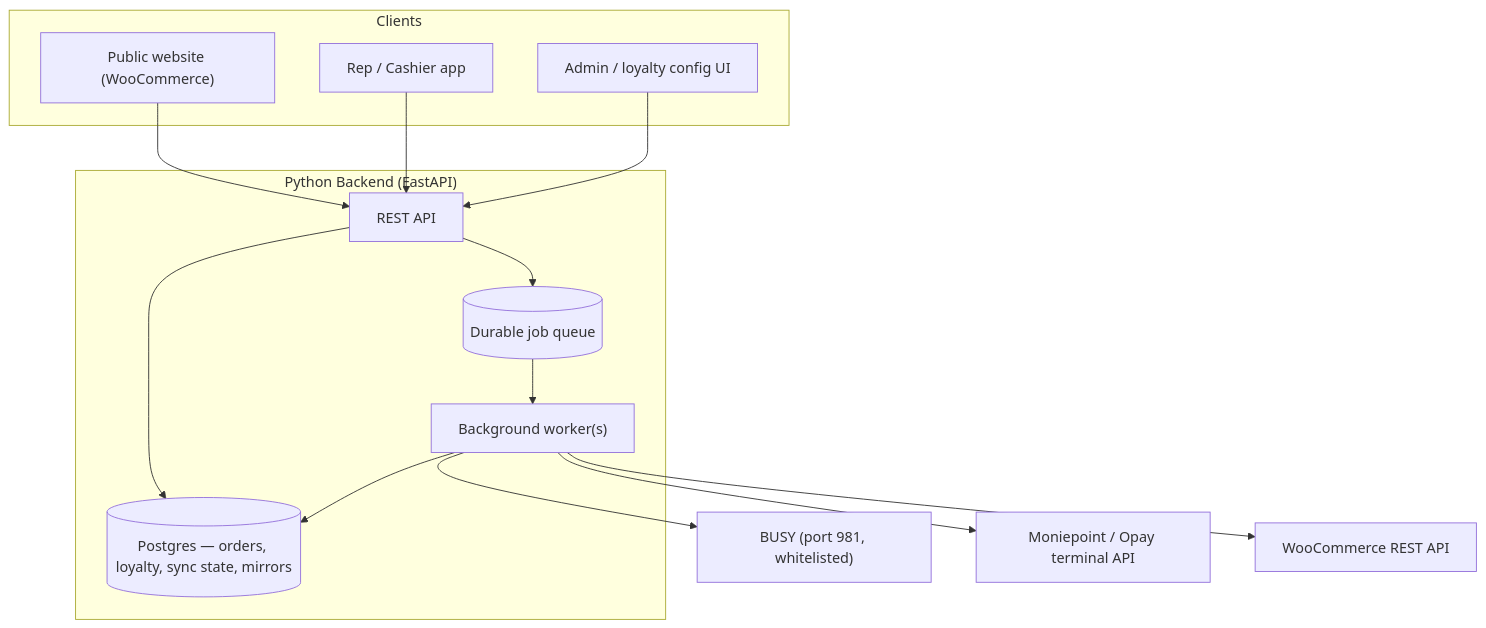
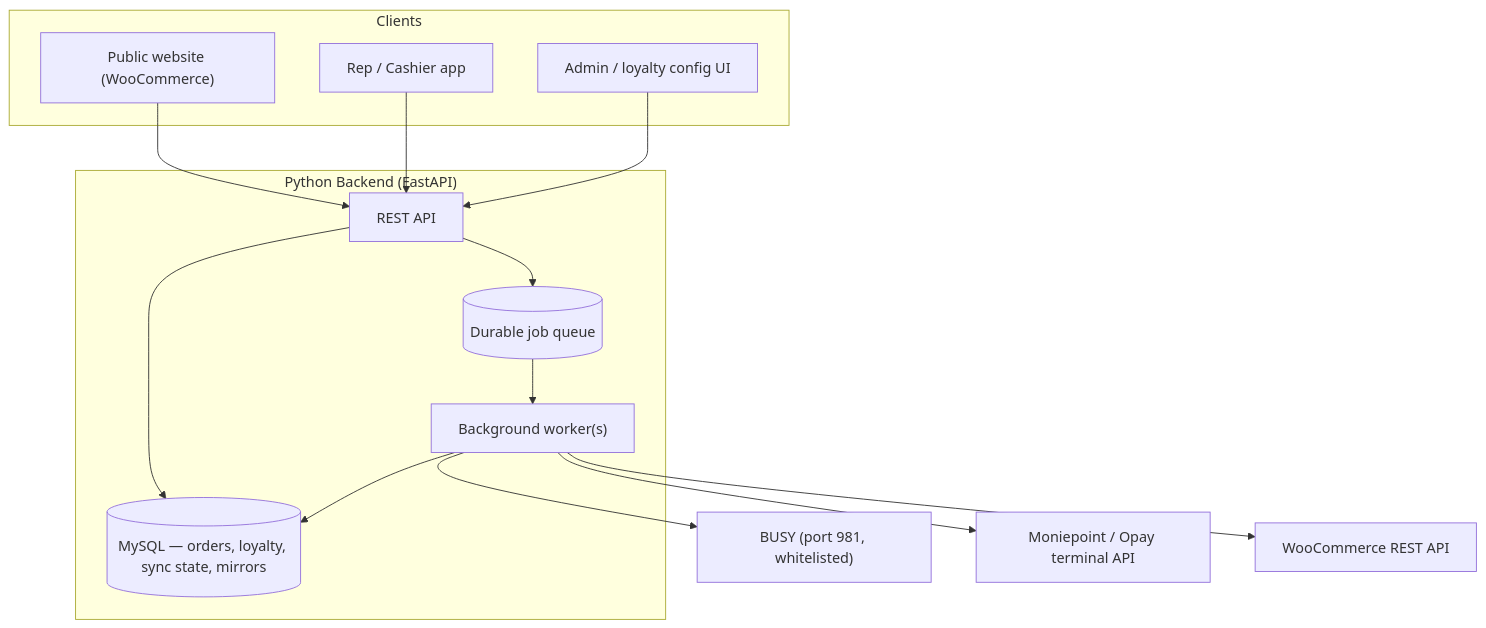
Before and after one commit to FemTECHHUB/fembin: the diagram in docs/PRD.md, drawn with Mermaid. The commit also changed other lines of this file and 56 other files, not shown here.

````diff
--- a/docs/PRD.md
+++ b/docs/PRD.md
@@ -65,30 +65,30 @@
 ```mermaid
 flowchart TD
     subgraph Clients
         Web["Public website (WooCommerce)"]
         App["Rep / Cashier app"]
         AdminUI["Admin / loyalty config UI"]
     end
 
     subgraph Backend["Python Backend (FastAPI)"]
         API["REST API"]
         Queue[("Durable job queue")]
         Worker["Background worker(s)"]
-        DB[("Postgres — orders, loyalty, sync state, mirrors")]
+        DB[("MySQL — orders, loyalty, sync state, mirrors")]
     end
 
     BUSY["BUSY (port 981, whitelisted)"]
     Moniepoint["Moniepoint / Opay terminal API"]
     Woo["WooCommerce REST API"]
 
     Web --> API
     App --> API
     AdminUI --> API
     API --> DB
     API --> Queue
     Queue --> Worker
     Worker --> BUSY
     Worker --> Woo
     Worker --> Moniepoint
     Worker --> DB
 ```
````
